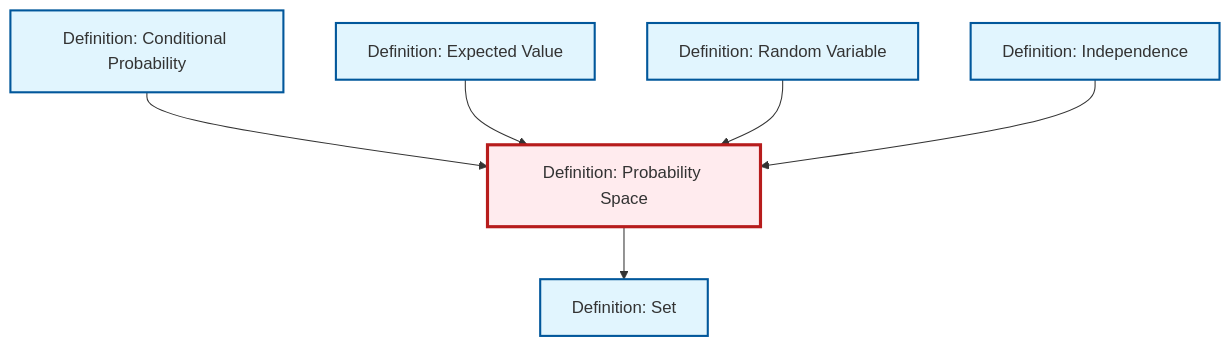
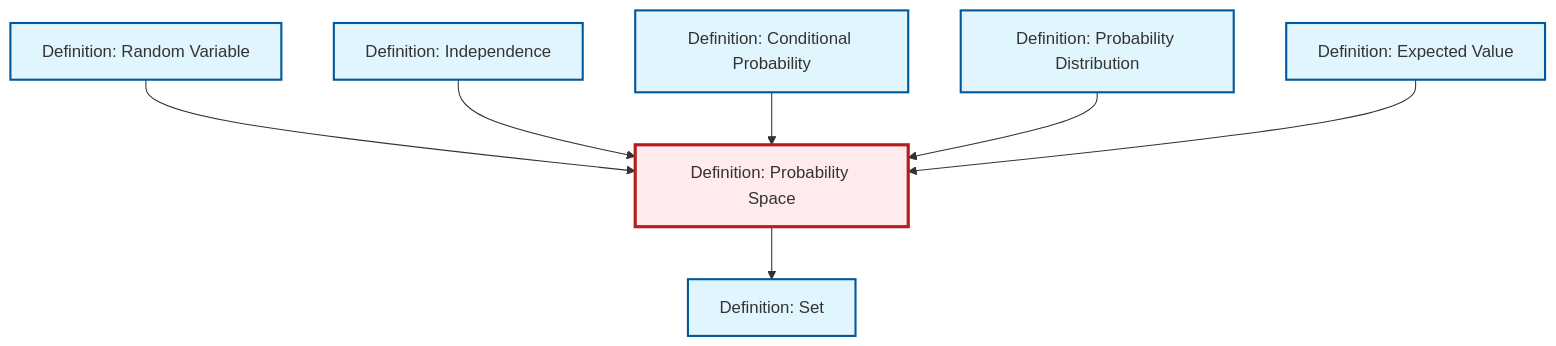
The diagram in content/ja/probability-statistics/def-probability-space.qmd (RK0429/ModernMath), drawn with Mermaid before and after one commit. The commit also changed 634 other files, not shown here.

````diff
--- a/content/ja/probability-statistics/def-probability-space.qmd
+++ b/content/ja/probability-statistics/def-probability-space.qmd
@@ -47,26 +47,29 @@
 ```{mermaid}
 %%| fig-cap: "Local dependency graph"
 graph TD
     classDef definition fill:#e1f5fe,stroke:#01579b,stroke-width:2px
     classDef theorem fill:#f3e5f5,stroke:#4a148c,stroke-width:2px
     classDef axiom fill:#fff3e0,stroke:#e65100,stroke-width:2px
     classDef example fill:#e8f5e9,stroke:#1b5e20,stroke-width:2px
     classDef current fill:#ffebee,stroke:#b71c1c,stroke-width:3px
-    def-set["Definition: Set"]:::definition
-    def-expectation["Definition: Expected Value"]:::definition
-    def-probability-space["Definition: Probability Space"]:::definition
-    def-random-variable["Definition: Random Variable"]:::definition
     def-independence["Definition: Independence"]:::definition
     def-conditional-probability["Definition: Conditional Probability"]:::definition
+    def-probability-space["Definition: Probability Space"]:::definition
+    def-expectation["Definition: Expected Value"]:::definition
+    def-probability-distribution["Definition: Probability Distribution"]:::definition
+    def-set["Definition: Set"]:::definition
+    def-random-variable["Definition: Random Variable"]:::definition
+    def-random-variable --> def-probability-space
+    def-probability-space --> def-set
+    def-independence --> def-probability-space
     def-conditional-probability --> def-probability-space
-    def-probability-space --> def-set
+    def-probability-distribution --> def-probability-space
     def-expectation --> def-probability-space
-    def-random-variable --> def-probability-space
-    def-independence --> def-probability-space
     class def-probability-space current
-    click def-set "def-set.html" "Definition: Setへ"
-    click def-expectation "def-expectation.html" "Definition: Expected Valueへ"
-    click def-random-variable "def-random-variable.html" "Definition: Random Variableへ"
     click def-independence "def-independence.html" "Definition: Independenceへ"
     click def-conditional-probability "def-conditional-probability.html" "Definition: Conditional Probabilityへ"
+    click def-expectation "def-expectation.html" "Definition: Expected Valueへ"
+    click def-probability-distribution "def-probability-distribution.html" "Definition: Probability Distributionへ"
+    click def-set "def-set.html" "Definition: Setへ"
+    click def-random-variable "def-random-variable.html" "Definition: Random Variableへ"
 ```
````
